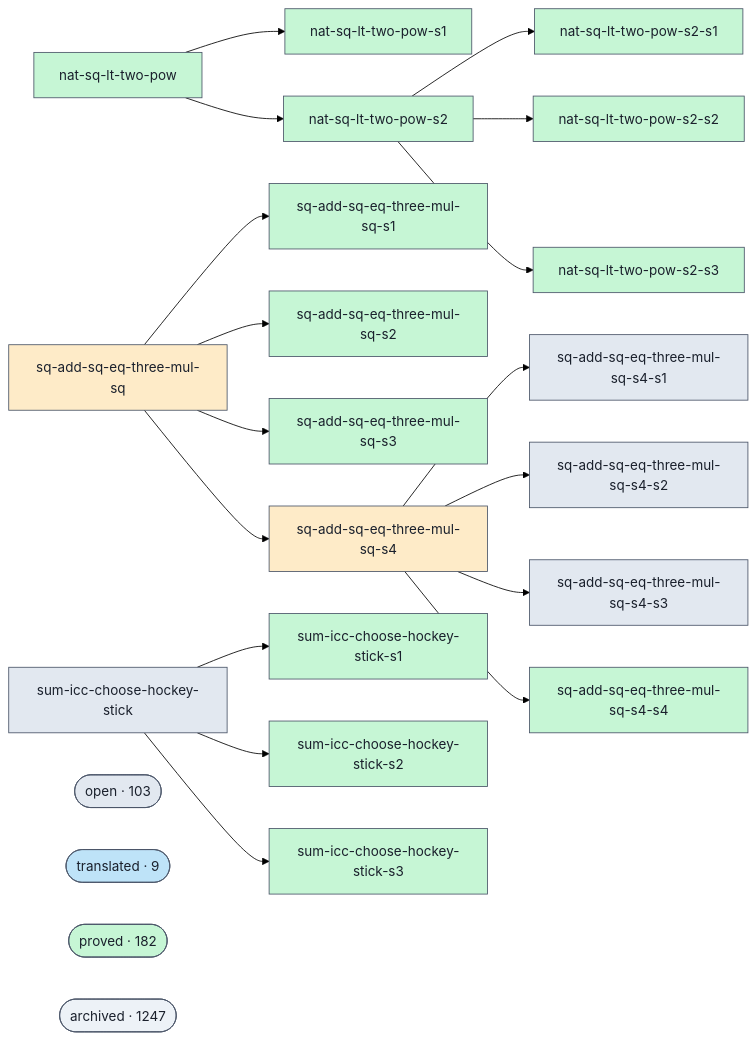
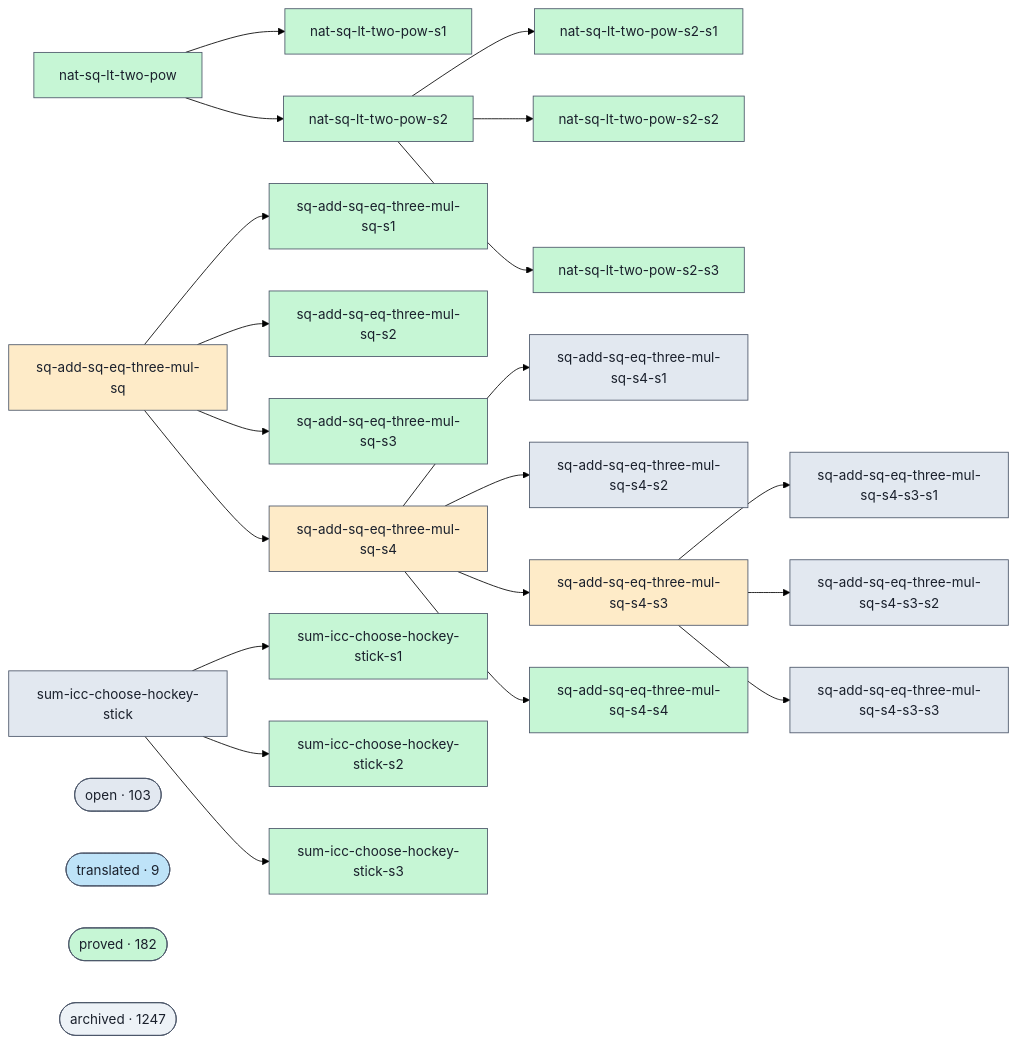
One commit to Rauxon/unsorry changed the diagram in docs/proofs-contributors-visualisation.md. Above: the diagram before and after it, drawn with Mermaid (forest theme). The commit also changed other lines of this file and 2 other files, not shown here.

Commit message:
docs: refresh proofs-contributors-visualisation [skip ci]

```diff
--- a/docs/proofs-contributors-visualisation.md
+++ b/docs/proofs-contributors-visualisation.md
@@ -62,8 +62,17 @@
   class g_sq_add_sq_eq_three_mul_sq_s4_s2 open;
   click g_sq_add_sq_eq_three_mul_sq_s4_s2 "https://github.com/agenticsnz/unsorry/blob/main/goals/sq-add-sq-eq-three-mul-sq-s4-s2.lean" "sq-add-sq-eq-three-mul-sq-s4-s2 — open"
   g_sq_add_sq_eq_three_mul_sq_s4_s3["sq-add-sq-eq-three-mul-sq-s4-s3"]
-  class g_sq_add_sq_eq_three_mul_sq_s4_s3 open;
-  click g_sq_add_sq_eq_three_mul_sq_s4_s3 "https://github.com/agenticsnz/unsorry/blob/main/goals/sq-add-sq-eq-three-mul-sq-s4-s3.lean" "sq-add-sq-eq-three-mul-sq-s4-s3 — open"
+  class g_sq_add_sq_eq_three_mul_sq_s4_s3 blocked;
+  click g_sq_add_sq_eq_three_mul_sq_s4_s3 "https://github.com/agenticsnz/unsorry/blob/main/goals/sq-add-sq-eq-three-mul-sq-s4-s3.lean" "sq-add-sq-eq-three-mul-sq-s4-s3 — blocked"
+  g_sq_add_sq_eq_three_mul_sq_s4_s3_s1["sq-add-sq-eq-three-mul-sq-s4-s3-s1"]
+  class g_sq_add_sq_eq_three_mul_sq_s4_s3_s1 open;
+  click g_sq_add_sq_eq_three_mul_sq_s4_s3_s1 "https://github.com/agenticsnz/unsorry/blob/main/goals/sq-add-sq-eq-three-mul-sq-s4-s3-s1.lean" "sq-add-sq-eq-three-mul-sq-s4-s3-s1 — open"
+  g_sq_add_sq_eq_three_mul_sq_s4_s3_s2["sq-add-sq-eq-three-mul-sq-s4-s3-s2"]
+  class g_sq_add_sq_eq_three_mul_sq_s4_s3_s2 open;
+  click g_sq_add_sq_eq_three_mul_sq_s4_s3_s2 "https://github.com/agenticsnz/unsorry/blob/main/goals/sq-add-sq-eq-three-mul-sq-s4-s3-s2.lean" "sq-add-sq-eq-three-mul-sq-s4-s3-s2 — open"
+  g_sq_add_sq_eq_three_mul_sq_s4_s3_s3["sq-add-sq-eq-three-mul-sq-s4-s3-s3"]
+  class g_sq_add_sq_eq_three_mul_sq_s4_s3_s3 open;
+  click g_sq_add_sq_eq_three_mul_sq_s4_s3_s3 "https://github.com/agenticsnz/unsorry/blob/main/goals/sq-add-sq-eq-three-mul-sq-s4-s3-s3.lean" "sq-add-sq-eq-three-mul-sq-s4-s3-s3 — open"
   g_sq_add_sq_eq_three_mul_sq_s4_s4["sq-add-sq-eq-three-mul-sq-s4-s4"]
   class g_sq_add_sq_eq_three_mul_sq_s4_s4 proved;
   click g_sq_add_sq_eq_three_mul_sq_s4_s4 "https://github.com/agenticsnz/unsorry/blob/main/goals/sq-add-sq-eq-three-mul-sq-s4-s4.lean" "sq-add-sq-eq-three-mul-sq-s4-s4 — proved"
@@ -92,6 +101,9 @@
   g_sq_add_sq_eq_three_mul_sq_s4 --> g_sq_add_sq_eq_three_mul_sq_s4_s2
   g_sq_add_sq_eq_three_mul_sq_s4 --> g_sq_add_sq_eq_three_mul_sq_s4_s3
   g_sq_add_sq_eq_three_mul_sq_s4 --> g_sq_add_sq_eq_three_mul_sq_s4_s4
+  g_sq_add_sq_eq_three_mul_sq_s4_s3 --> g_sq_add_sq_eq_three_mul_sq_s4_s3_s1
+  g_sq_add_sq_eq_three_mul_sq_s4_s3 --> g_sq_add_sq_eq_three_mul_sq_s4_s3_s2
+  g_sq_add_sq_eq_three_mul_sq_s4_s3 --> g_sq_add_sq_eq_three_mul_sq_s4_s3_s3
   g_sum_icc_choose_hockey_stick --> g_sum_icc_choose_hockey_stick_s1
   g_sum_icc_choose_hockey_stick --> g_sum_icc_choose_hockey_stick_s2
   g_sum_icc_choose_hockey_stick --> g_sum_icc_choose_hockey_stick_s3
```
